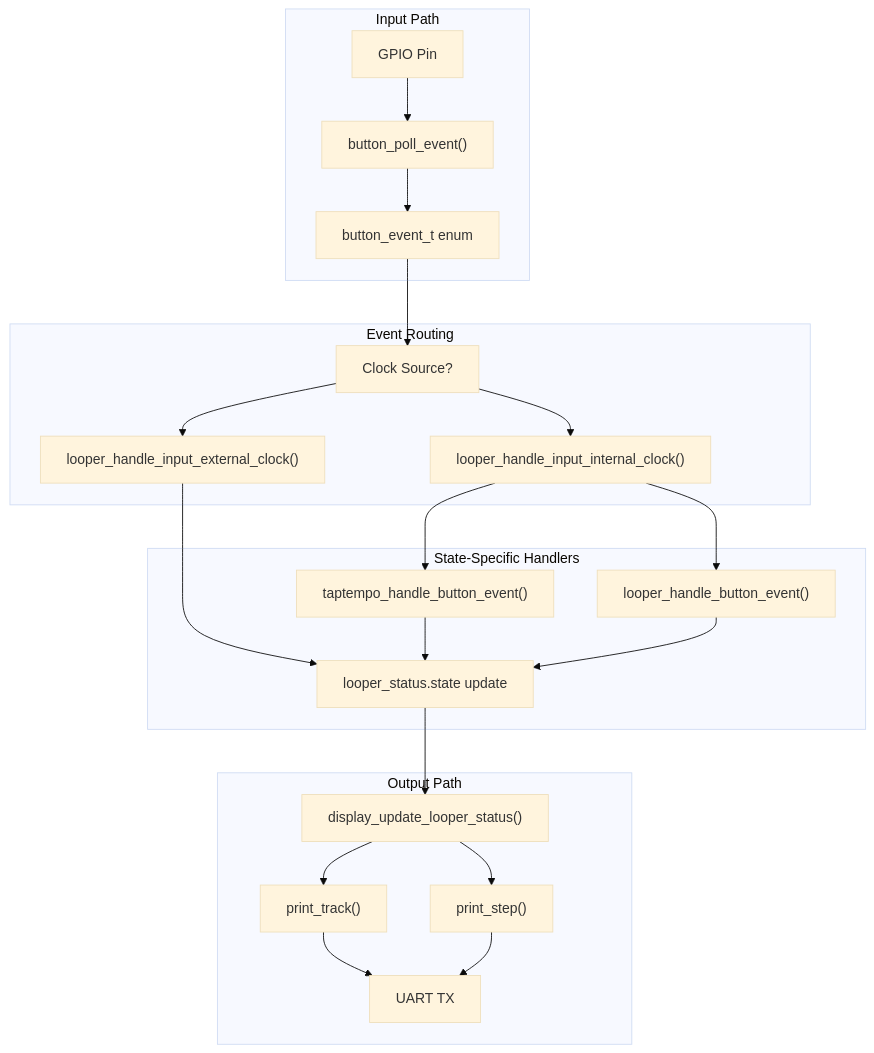
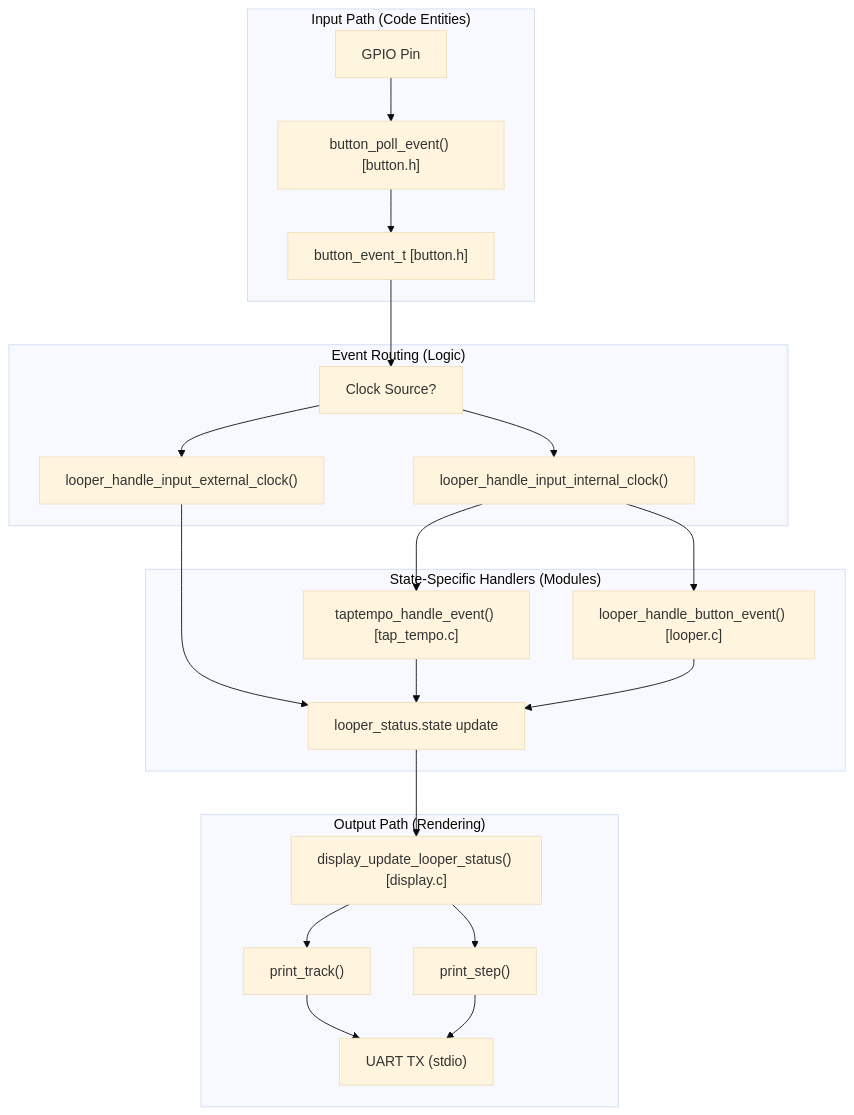
The first of 3 diagrams in wiki/7-user-interface.md (Jus-Be/orinayo-pico), drawn with Mermaid (base theme) before and after one commit. The commit also changed other lines of this file and 42 other files, not shown here.

````diff
--- a/wiki/7-user-interface.md
+++ b/wiki/7-user-interface.md
@@ -25,58 +26,58 @@
 ```mermaid
 flowchart TD
 
 GPIO["GPIO Pin"]
-ButtonPoll["button_poll_event()"]
-EventType["button_event_t enum"]
+ButtonPoll["button_poll_event() [button.h]"]
+EventType["button_event_t [button.h]"]
 ClockCheck["Clock Source?"]
 InternalHandler["looper_handle_input_internal_clock()"]
 ExternalHandler["looper_handle_input_external_clock()"]
-TapTempo["taptempo_handle_button_event()"]
-LooperHandler["looper_handle_button_event()"]
+TapTempo["taptempo_handle_event() [tap_tempo.c]"]
+LooperHandler["looper_handle_button_event() [looper.c]"]
 StateUpdate["looper_status.state update"]
-DisplayUpdate["display_update_looper_status()"]
+DisplayUpdate["display_update_looper_status() [display.c]"]
 TrackRender["print_track()"]
 StepRender["print_step()"]
-UART["UART TX"]
+UART["UART TX (stdio)"]
 
 EventType --> ClockCheck
 InternalHandler --> TapTempo
 InternalHandler --> LooperHandler
 ExternalHandler --> StateUpdate
 StateUpdate --> DisplayUpdate
 
-subgraph subGraph3 ["Output Path"]
+subgraph subGraph3 ["Output Path (Rendering)"]
     DisplayUpdate
     TrackRender
     StepRender
     UART
     DisplayUpdate --> TrackRender
     DisplayUpdate --> StepRender
     TrackRender --> UART
     StepRender --> UART
 end
 
-subgraph subGraph2 ["State-Specific Handlers"]
+subgraph subGraph2 ["State-Specific Handlers (Modules)"]
     TapTempo
     LooperHandler
     StateUpdate
     TapTempo --> StateUpdate
     LooperHandler --> StateUpdate
 end
 
-subgraph subGraph1 ["Event Routing"]
+subgraph subGraph1 ["Event Routing (Logic)"]
     ClockCheck
     InternalHandler
     ExternalHandler
     ClockCheck --> InternalHandler
     ClockCheck --> ExternalHandler
 end
 
-subgraph subGraph0 ["Input Path"]
+subgraph subGraph0 ["Input Path (Code Entities)"]
     GPIO
     ButtonPoll
     EventType
     GPIO --> ButtonPoll
     ButtonPoll --> EventType
 end
 ```
````
